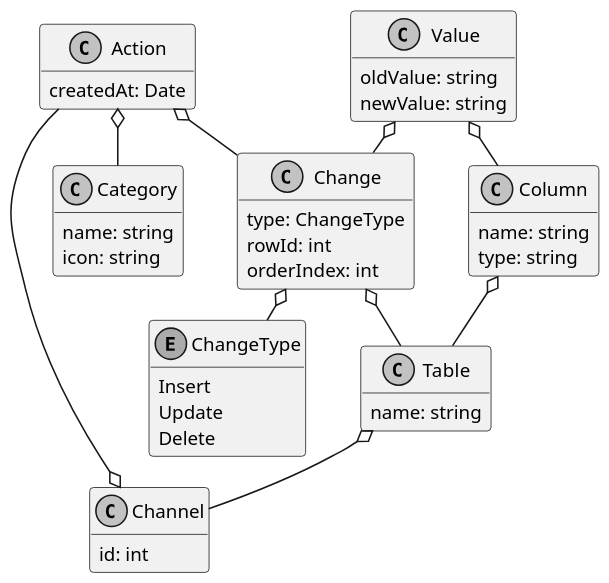
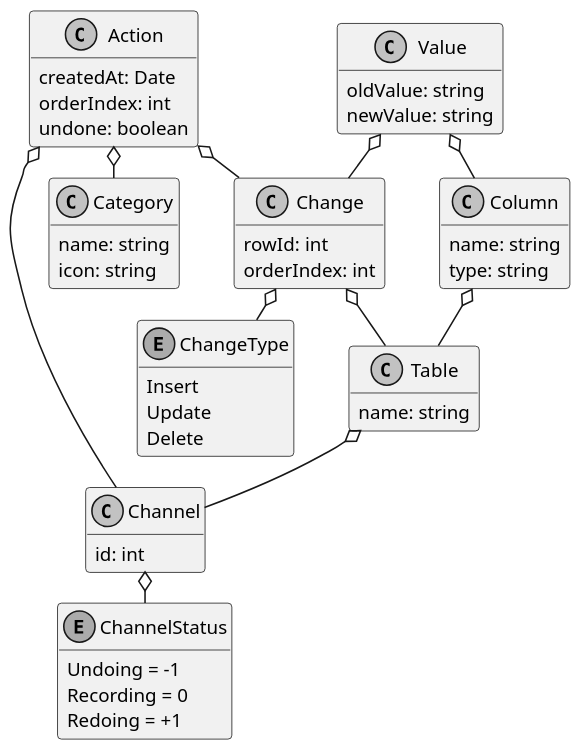
One commit to Lotes/sqlite-undo-log changed the diagram in docs/tables.puml. Above: the diagram before and after it, drawn with PlantUML. The commit also changed 13 other files, not shown here.

```diff
--- a/docs/tables.puml
+++ b/docs/tables.puml
@@ -1,57 +1,65 @@
 skinparam monochrome true
 skinparam ranksep 20
 skinparam dpi 150
 skinparam packageTitleAlignment left
 skinparam usecaseBorderThickness 0.4
 skinparam defaultFontSize 12
 skinparam rectangleBorderThickness 1
 hide methods
 
 class Category {
   name: string
   icon: string
 }
 
 class Action {
   createdAt: Date
+  orderIndex: int
+  undone: boolean
 }
 
 class Change {
-  type: ChangeType
   rowId: int
   orderIndex: int
 }
 
 enum ChangeType {
   Insert
   Update
   Delete
 }
 
 class Table {
   name: string
 }
 
 class Column {
   name: string
   type: string
 }
 
 class Value {
   oldValue: string
   newValue: string
 }
 
 class Channel {
   id: int
 }
 
-Channel o-- Action
+enum ChannelStatus {
+  Undoing = -1
+  Recording = 0
+  Redoing = +1
+}
+
+Channel o-- ChannelStatus
+Action o-- Channel
 Action o-- Category
 Action o-- Change
 Change o-- Table
 Change o-- ChangeType
 Table o-- Channel
-Column o-down- Table 
+Column o-- Table 
 Value o-- Column
 Value o-- Change
```
